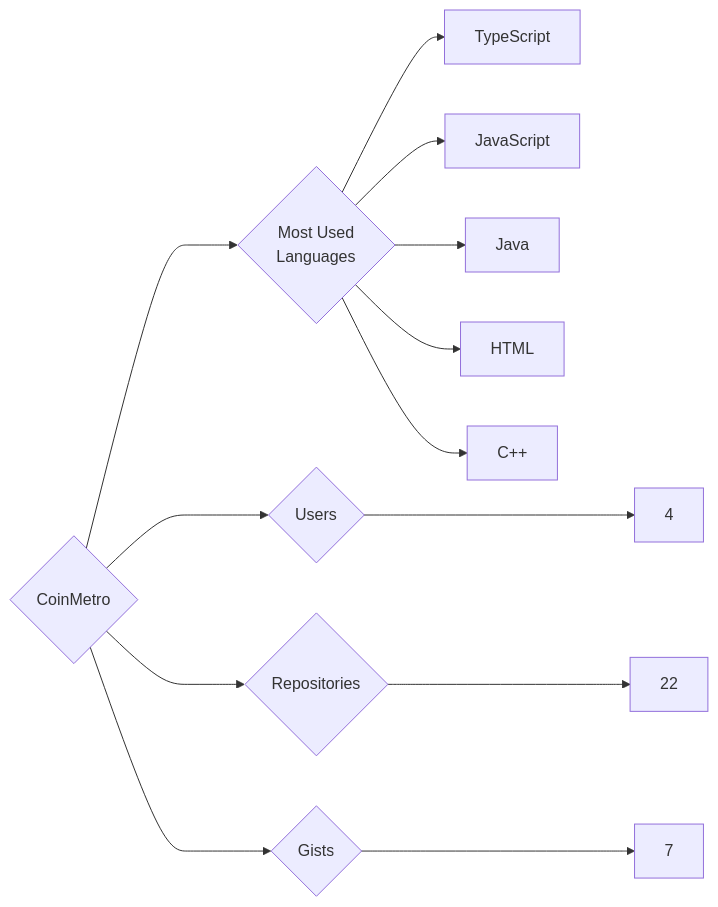
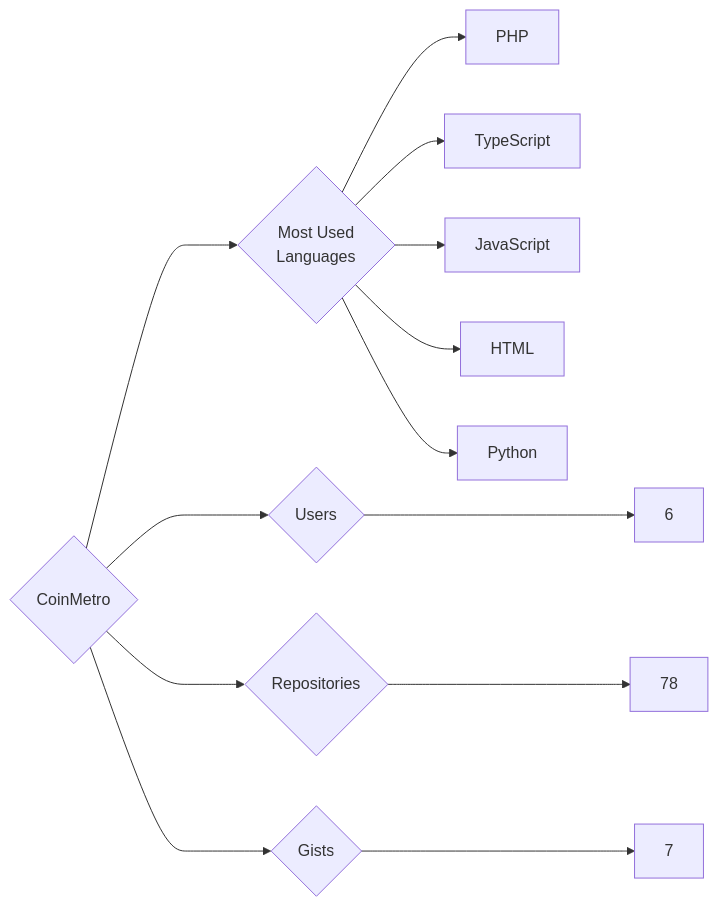
Before and after one commit to trickest/insiders: the diagram in targets/CoinMetro/README.md, drawn with Mermaid. The commit also changed 1148 other files, not shown here.

````diff
--- a/targets/CoinMetro/README.md
+++ b/targets/CoinMetro/README.md
@@ -3,13 +3,13 @@
 ```mermaid
 graph LR
 COMPANY_NAME{CoinMetro}
-COMPANY_NAME ---> U{Users} ---> UN[4]
-COMPANY_NAME ---> R{Repositories} ---> RN[22]
+COMPANY_NAME ---> U{Users} ---> UN[6]
+COMPANY_NAME ---> R{Repositories} ---> RN[78]
 COMPANY_NAME ---> G{Gists} ---> GN[7]
 COMPANY_NAME ---> ML{Most Used<br>Languages}
+ML --> PHP[PHP]
 ML --> TypeScript[TypeScript]
 ML --> JavaScript[JavaScript]
-ML --> Java[Java]
 ML --> HTML[HTML]
-ML --> C++[C++]
+ML --> Python[Python]
 ```
````
